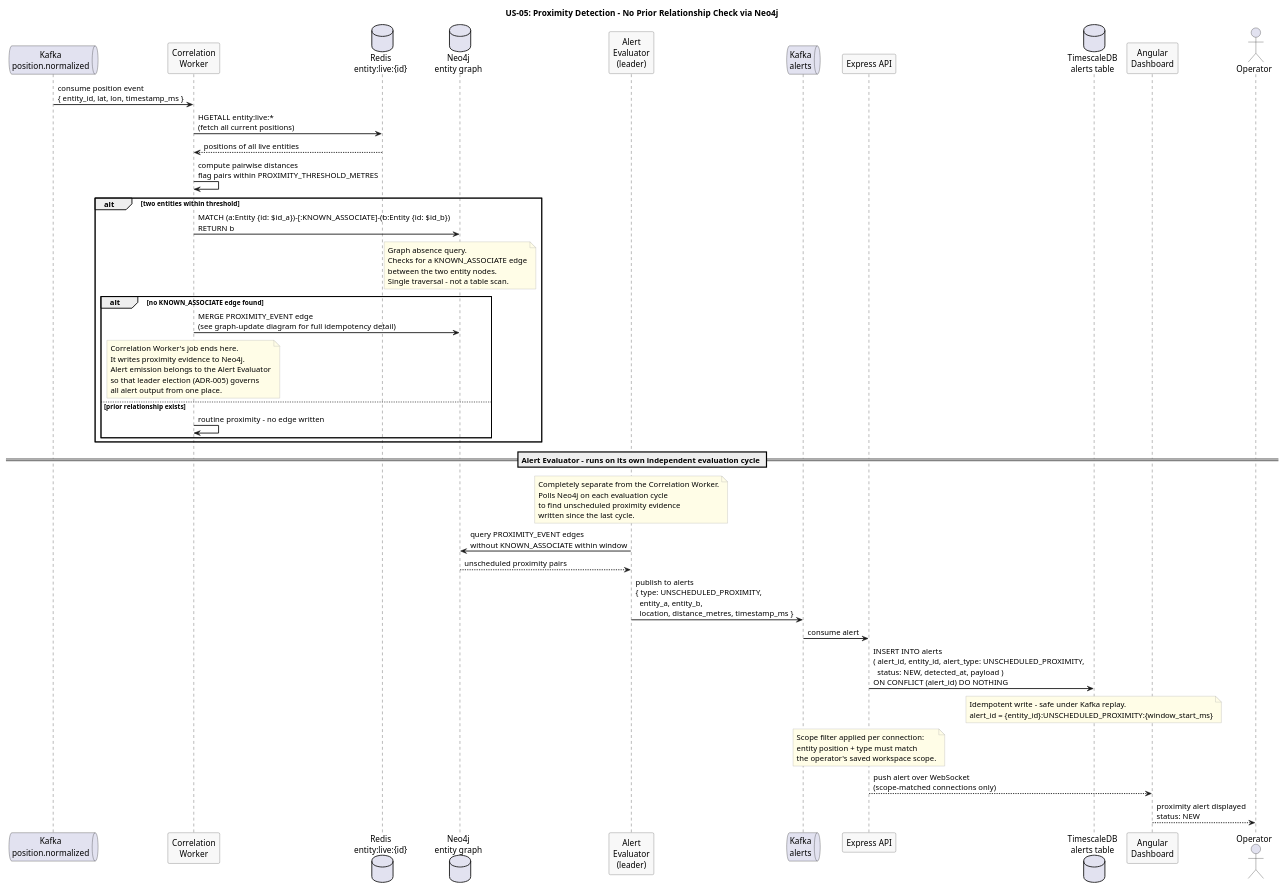
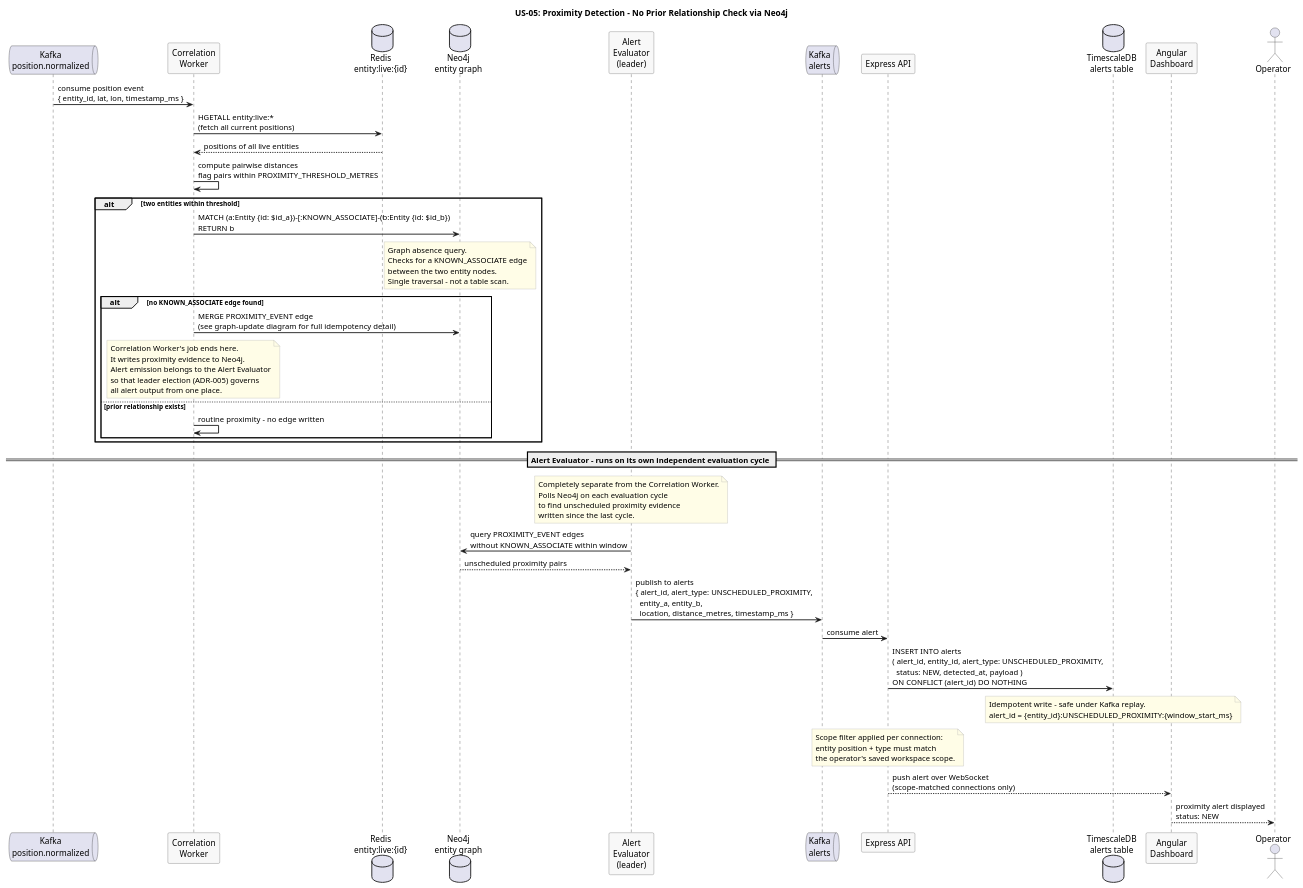
One commit to Buffden/sentinel changed the diagram in docs/use-cases/US-05-unscheduled-proximity/proximity-detection.puml. Above: the diagram before and after it, drawn with PlantUML. The commit also changed 6 other files, not shown here.

First line of the commit message:
docs: fix field name inconsistencies across architecture docs and PUMLs

```diff
--- a/docs/use-cases/US-05-unscheduled-proximity/proximity-detection.puml
+++ b/docs/use-cases/US-05-unscheduled-proximity/proximity-detection.puml
@@ -1,83 +1,83 @@
 @startuml proximity-detection
 title US-05: Proximity Detection - No Prior Relationship Check via Neo4j
 
 skinparam sequenceArrowThickness 1.5
 skinparam participantBorderColor #555555
 skinparam participantBackgroundColor #F8F8F8
 skinparam noteBorderColor #AAAAAA
 skinparam noteBackgroundColor #FFFDE7
 
 queue "Kafka\nposition.normalized" as Kafka
 participant "Correlation\nWorker" as Correlation
 database "Redis\nentity:live:{id}" as Redis
 database "Neo4j\nentity graph" as Neo4j
 participant "Alert\nEvaluator\n(leader)" as Evaluator
 queue "Kafka\nalerts" as Alerts
 participant "Express API" as API
 database "TimescaleDB\nalerts table" as TSDB
 participant "Angular\nDashboard" as Dashboard
 actor Operator
 
 Kafka -> Correlation : consume position event\n{ entity_id, lat, lon, timestamp_ms }
 
 Correlation -> Redis : HGETALL entity:live:*\n(fetch all current positions)
 Redis --> Correlation : positions of all live entities
 
 Correlation -> Correlation : compute pairwise distances\nflag pairs within PROXIMITY_THRESHOLD_METRES
 
 alt two entities within threshold
   Correlation -> Neo4j : MATCH (a:Entity {id: $id_a})-[:KNOWN_ASSOCIATE]-(b:Entity {id: $id_b})\nRETURN b
 
   note over Neo4j
     Graph absence query.
     Checks for a KNOWN_ASSOCIATE edge
     between the two entity nodes.
     Single traversal - not a table scan.
   end note
 
   alt no KNOWN_ASSOCIATE edge found
     Correlation -> Neo4j : MERGE PROXIMITY_EVENT edge\n(see graph-update diagram for full idempotency detail)
 
     note over Correlation
       Correlation Worker's job ends here.
       It writes proximity evidence to Neo4j.
       Alert emission belongs to the Alert Evaluator
       so that leader election (ADR-005) governs
       all alert output from one place.
     end note
   else prior relationship exists
     Correlation -> Correlation : routine proximity - no edge written
   end
 end
 
 == Alert Evaluator - runs on its own independent evaluation cycle ==
 
 note over Evaluator
   Completely separate from the Correlation Worker.
   Polls Neo4j on each evaluation cycle
   to find unscheduled proximity evidence
   written since the last cycle.
 end note
 
 Evaluator -> Neo4j : query PROXIMITY_EVENT edges\nwithout KNOWN_ASSOCIATE within window
 Neo4j --> Evaluator : unscheduled proximity pairs
-Evaluator -> Alerts : publish to alerts\n{ type: UNSCHEDULED_PROXIMITY,\n  entity_a, entity_b,\n  location, distance_metres, timestamp_ms }
+Evaluator -> Alerts : publish to alerts\n{ alert_id, alert_type: UNSCHEDULED_PROXIMITY,\n  entity_a, entity_b,\n  location, distance_metres, timestamp_ms }
 
 Alerts -> API : consume alert
 API -> TSDB : INSERT INTO alerts\n( alert_id, entity_id, alert_type: UNSCHEDULED_PROXIMITY,\n  status: NEW, detected_at, payload )\nON CONFLICT (alert_id) DO NOTHING
 
 note over TSDB
   Idempotent write - safe under Kafka replay.
   alert_id = {entity_id}:UNSCHEDULED_PROXIMITY:{window_start_ms}
 end note
 
 note over API
   Scope filter applied per connection:
   entity position + type must match
   the operator's saved workspace scope.
 end note
 
 API --> Dashboard : push alert over WebSocket\n(scope-matched connections only)
 Dashboard --> Operator : proximity alert displayed\nstatus: NEW
 
 @enduml
```
